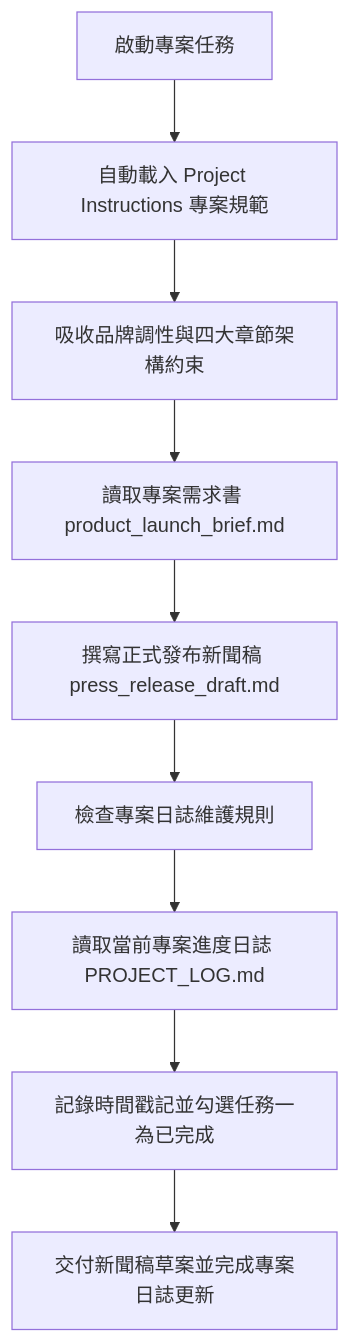
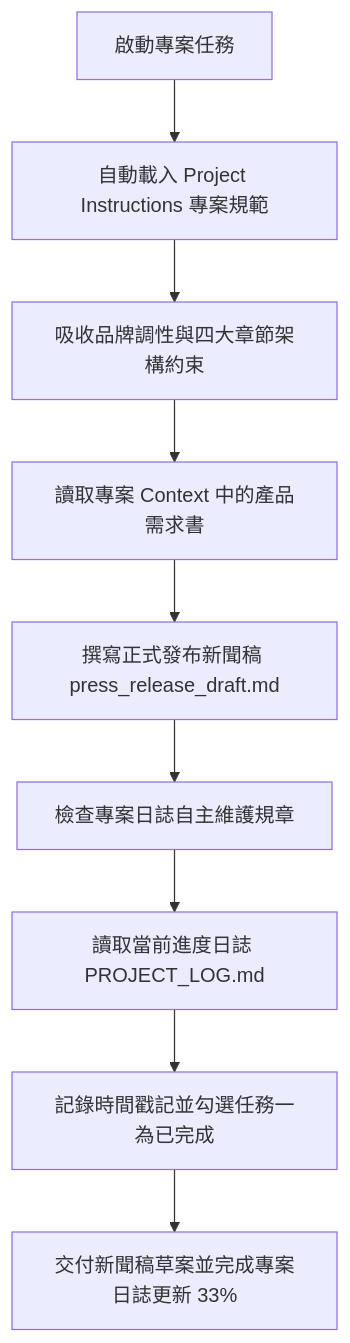
Before and after one commit to roberthsu2003/workflow-productivity: the diagram in Claude_ai/cowork/Examples/05_Folder_Instructions_Project/README.md, drawn with Mermaid. The commit also changed other lines of this file, not shown here.

````diff
--- a/Claude_ai/cowork/Examples/05_Folder_Instructions_Project/README.md
+++ b/Claude_ai/cowork/Examples/05_Folder_Instructions_Project/README.md
@@ -104,11 +107,11 @@
 ```mermaid
 flowchart TD
     Start[啟動專案任務] --> LoadInst[自動載入 Project Instructions 專案規範]
     LoadInst --> Adopt[吸收品牌調性與四大章節架構約束]
-    Adopt --> ReadBrief[讀取專案需求書 product_launch_brief.md]
+    Adopt --> ReadBrief[讀取專案 Context 中的產品需求書]
     ReadBrief --> GenDraft[撰寫正式發布新聞稿 press_release_draft.md]
-    GenDraft --> CheckLog[檢查專案日誌維護規則]
-    CheckLog --> ReadLog[讀取當前專案進度日誌 PROJECT_LOG.md]
+    GenDraft --> CheckLog[檢查專案日誌自主維護規章]
+    CheckLog --> ReadLog[讀取當前進度日誌 PROJECT_LOG.md]
     ReadLog --> UpdateLog[記錄時間戳記並勾選任務一為已完成]
-    UpdateLog --> Complete[交付新聞稿草案並完成專案日誌更新]
+    UpdateLog --> Complete[交付新聞稿草案並完成專案日誌更新 33%]
 ```
````
